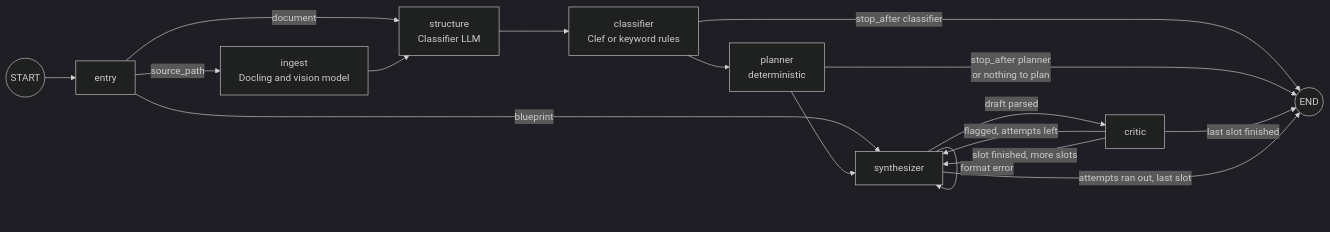
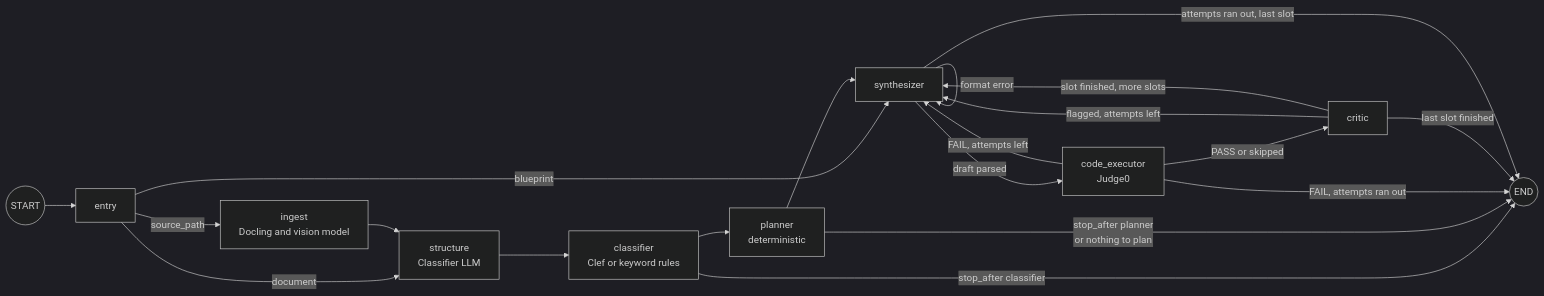
One commit to Hi-kue/exygen changed the diagram in apps/docs/vault/agent/pipeline.md. Above: the diagram before and after it, drawn with Mermaid (dark theme). The commit also changed other lines of this file and 31 other files, not shown here.

````diff
--- a/apps/docs/vault/agent/pipeline.md
+++ b/apps/docs/vault/agent/pipeline.md
@@ -31,19 +31,22 @@
 ```mermaid
 flowchart LR
     Start((START)) --> Entry["entry"]
     Entry -->|"source_path"| Ingest["ingest<br/>Docling and vision model"]
     Entry -->|"document"| Structure["structure<br/>Classifier LLM"]
     Entry -->|"blueprint"| Synth["synthesizer"]
     Ingest --> Structure
     Structure --> Classifier["classifier<br/>Clef or keyword rules"]
     Classifier --> Planner["planner<br/>deterministic"]
     Classifier -->|"stop_after classifier"| End((END))
     Planner --> Synth
     Planner -->|"stop_after planner<br/>or nothing to plan"| End
-    Synth -->|"draft parsed"| Critic["critic"]
+    Synth -->|"draft parsed"| Exec["code_executor<br/>Judge0"]
     Synth -->|"format error"| Synth
+    Exec -->|"PASS or skipped"| Critic["critic"]
+    Exec -->|"FAIL, attempts left"| Synth
+    Exec -->|"FAIL, attempts ran out"| End
     Critic -->|"flagged, attempts left"| Synth
     Critic -->|"slot finished, more slots"| Synth
     Critic -->|"last slot finished"| End
     Synth -->|"attempts ran out, last slot"| End
 ```
````
